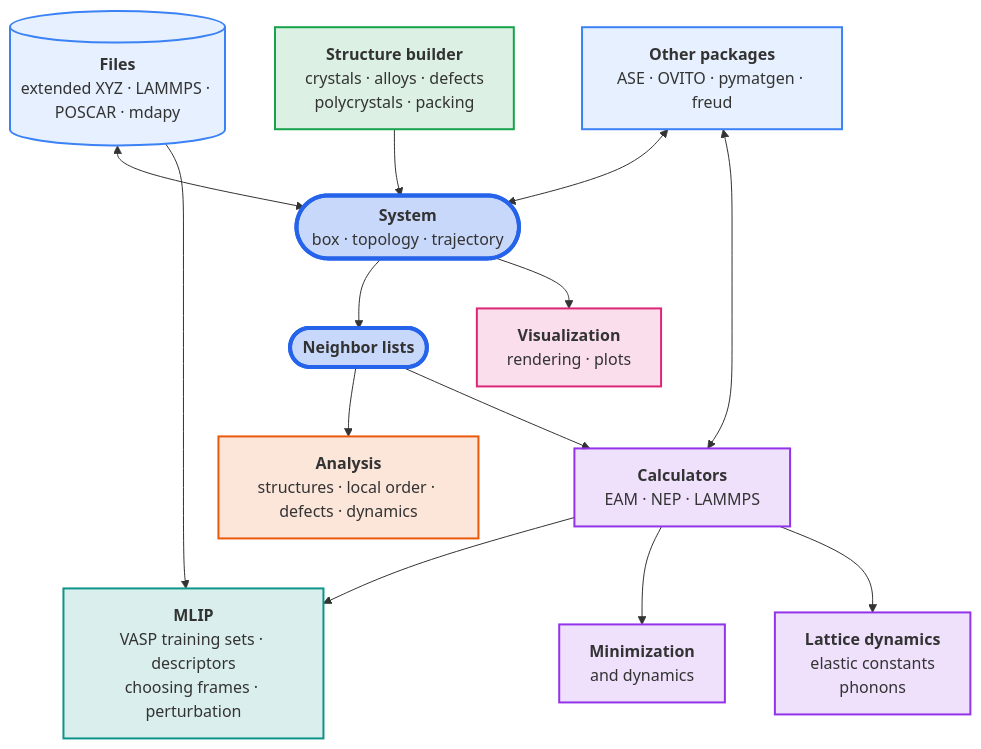
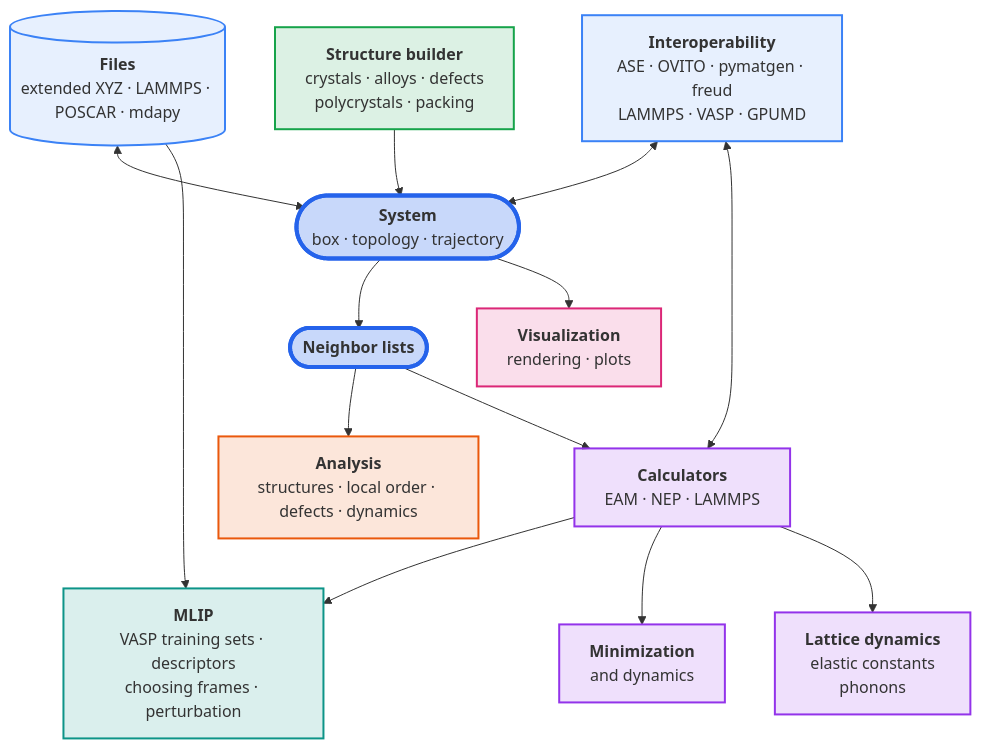
The diagram in docs/index.md (mushroomfire/mdapy), drawn with Mermaid before and after one commit. The commit also changed other lines of this file and 19 other files, not shown here.

````diff
--- a/docs/index.md
+++ b/docs/index.md
@@ -26,42 +26,42 @@
 ```mermaid
 flowchart TB
     files[("<b>Files</b><br/>extended XYZ · LAMMPS · POSCAR · mdapy")]
     build["<b>Structure builder</b><br/>crystals · alloys · defects<br/>polycrystals · packing"]
     system(["<b>System</b><br/>box · topology · trajectory"])
     neighbors(["<b>Neighbor lists</b>"])
     visual["<b>Visualization</b><br/>rendering · plots"]
     mlip["<b>MLIP</b><br/>VASP training sets · descriptors<br/>choosing frames · perturbation"]
     analysis["<b>Analysis</b><br/>structures · local order · defects · dynamics"]
     calculators["<b>Calculators</b><br/>EAM · NEP · LAMMPS"]
     minimization["<b>Minimization</b><br/>and dynamics"]
     lattice["<b>Lattice dynamics</b><br/>elastic constants<br/>phonons"]
-    packages["<b>Other packages</b><br/>ASE · OVITO · pymatgen · freud"]
+    packages["<b>Interoperability</b><br/>ASE · OVITO · pymatgen · freud<br/>LAMMPS · VASP · GPUMD"]
 
     files <--> system
     build --> system
     packages <--> system
     packages <--> calculators
     system --> neighbors
     system --> visual
     files --> mlip
     calculators --> mlip
     neighbors --> analysis
     neighbors --> calculators
     calculators --> minimization
     calculators --> lattice
 
     classDef core fill:#2563eb40,stroke:#2563eb,stroke-width:4px
     classDef data fill:#3b82f61f,stroke:#3b82f6,stroke-width:2px
     classDef analysis fill:#ea580c26,stroke:#ea580c,stroke-width:2px
     classDef simulation fill:#9333ea26,stroke:#9333ea,stroke-width:2px
     classDef build fill:#16a34a26,stroke:#16a34a,stroke-width:2px
     classDef visual fill:#db277726,stroke:#db2777,stroke-width:2px
     classDef mlip fill:#0d948826,stroke:#0d9488,stroke-width:2px
     class system,neighbors core
     class files,packages data
     class analysis analysis
     class calculators,minimization,lattice simulation
     class build build
     class visual visual
     class mlip mlip
 ```
````
